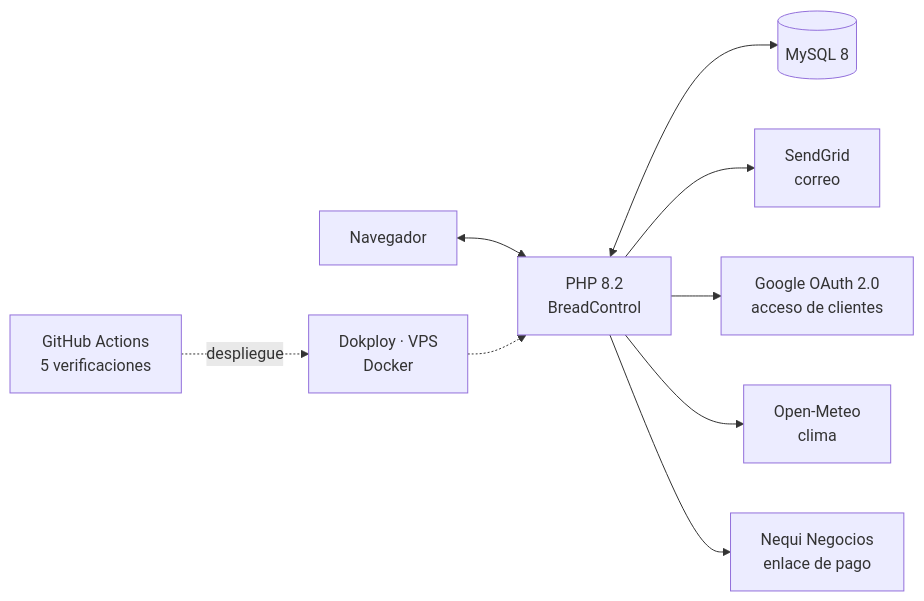
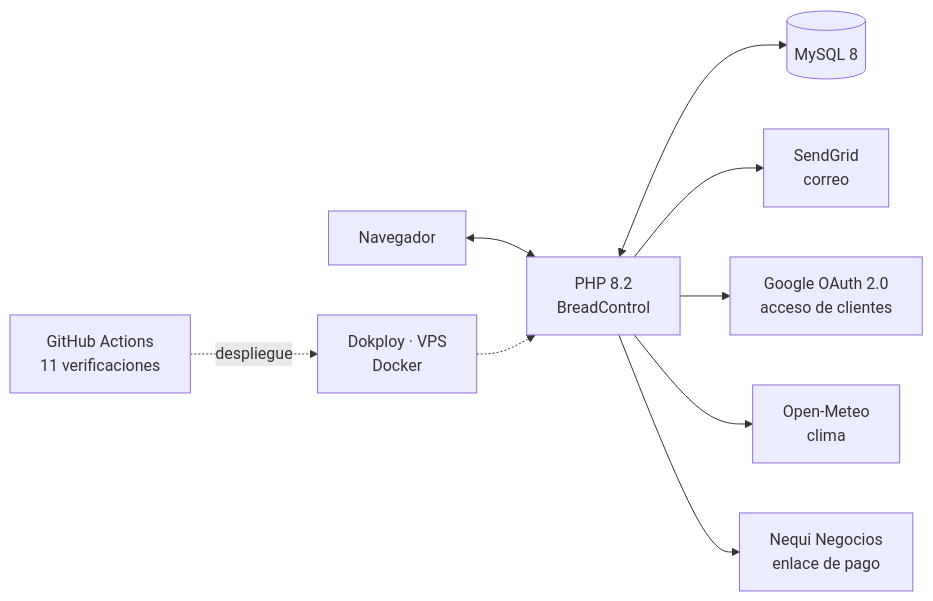
Before and after one commit to Manuel151025/breadcontrol: the second of 2 diagrams in README.md, drawn with Mermaid. The commit also changed other lines of this file and 6 other files, not shown here.

````diff
--- a/README.md
+++ b/README.md
@@ -179,11 +181,11 @@
 ```mermaid
 flowchart LR
     NAV["Navegador"] <--> APP["PHP 8.2<br/>BreadControl"]
     APP <--> BD[("MySQL 8")]
     APP --> SG["SendGrid<br/>correo"]
     APP --> GO["Google OAuth 2.0<br/>acceso de clientes"]
     APP --> OM["Open-Meteo<br/>clima"]
     APP --> NQ["Nequi Negocios<br/>enlace de pago"]
-    GH["GitHub Actions<br/>5 verificaciones"] -.->|"despliegue"| DK["Dokploy · VPS<br/>Docker"]
+    GH["GitHub Actions<br/>11 verificaciones"] -.->|"despliegue"| DK["Dokploy · VPS<br/>Docker"]
     DK -.-> APP
 ```
````
